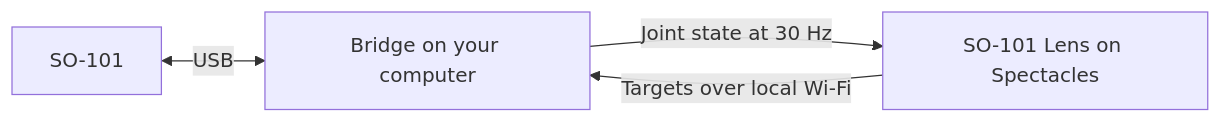
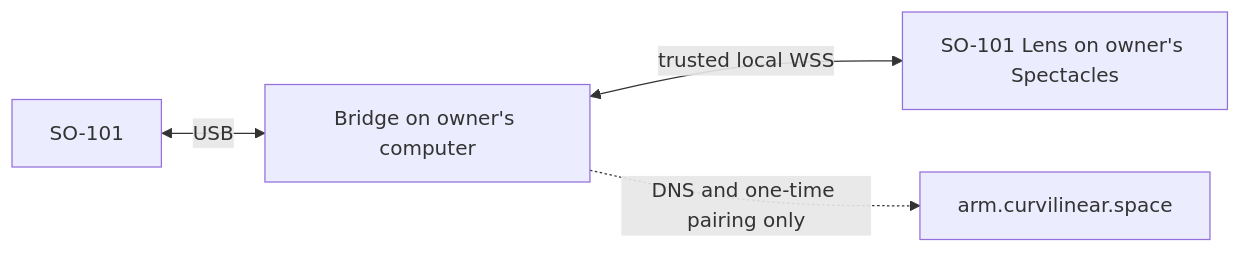
Before and after one commit to a-sumo/so101-helper: the diagram in README.md, drawn with Mermaid. The commit also changed other lines of this file and 7 other files, not shown here.

Commit message:
feat: add trusted local Lens pairing (#1)

````diff
--- a/README.md
+++ b/README.md
@@ -5,6 +7,6 @@
 ```mermaid
 flowchart LR
-    A[SO-101] <-->|USB| B[Bridge on your computer]
-    B -->|Joint state at 30 Hz| C[SO-101 Lens on Spectacles]
-    C -->|Targets over local Wi-Fi| B
+    A[SO-101] <-->|USB| B[Bridge on owner's computer]
+    B <-->|trusted local WSS| C[SO-101 Lens on owner's Spectacles]
+    B -. DNS and one-time pairing only .-> D[arm.curvilinear.space]
 ```
````
